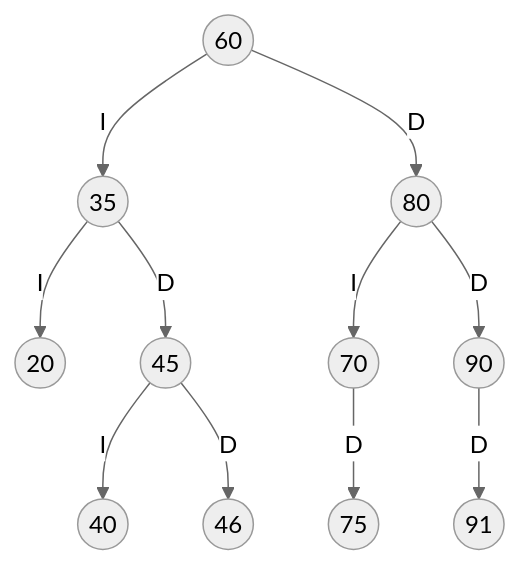
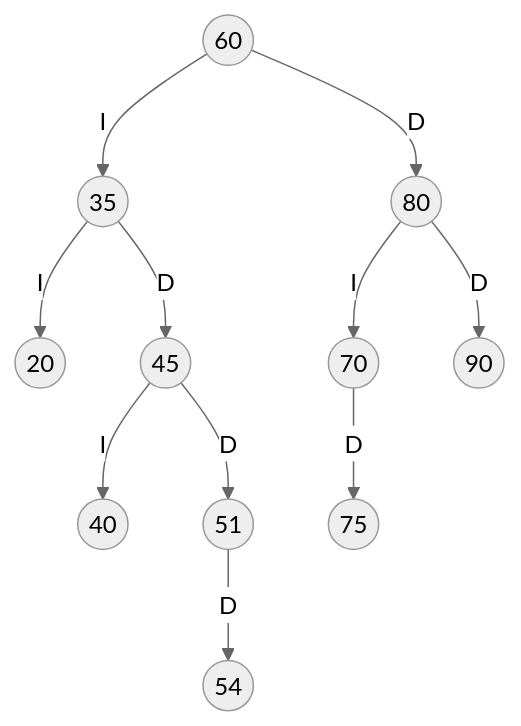
The second of 4 diagrams in TRAZAS.md (sr632252-crypto/Deber-Arboles-TenorioJonathan), drawn with Mermaid (neutral theme) before and after one commit. The commit also changed other lines of this file, not shown here.

````diff
--- a/TRAZAS.md
+++ b/TRAZAS.md
@@ -125,24 +123,24 @@
 ```mermaid
 graph TD
     N60((60))
     N60 -->|I| N35
     N60 -->|D| N80
     N35((35))
     N35 -->|I| N20
     N35 -->|D| N45
     N20((20))
     N45((45))
     N45 -->|I| N40
-    N45 -->|D| N46
+    N45 -->|D| N51
     N40((40))
-    N46((46))
+    N51((51))
+    N51 -->|D| N54
+    N54((54))
     N80((80))
     N80 -->|I| N70
     N80 -->|D| N90
     N70((70))
     N70 -->|D| N75
     N75((75))
     N90((90))
-    N90 -->|D| N91
-    N91((91))
 ```
````
